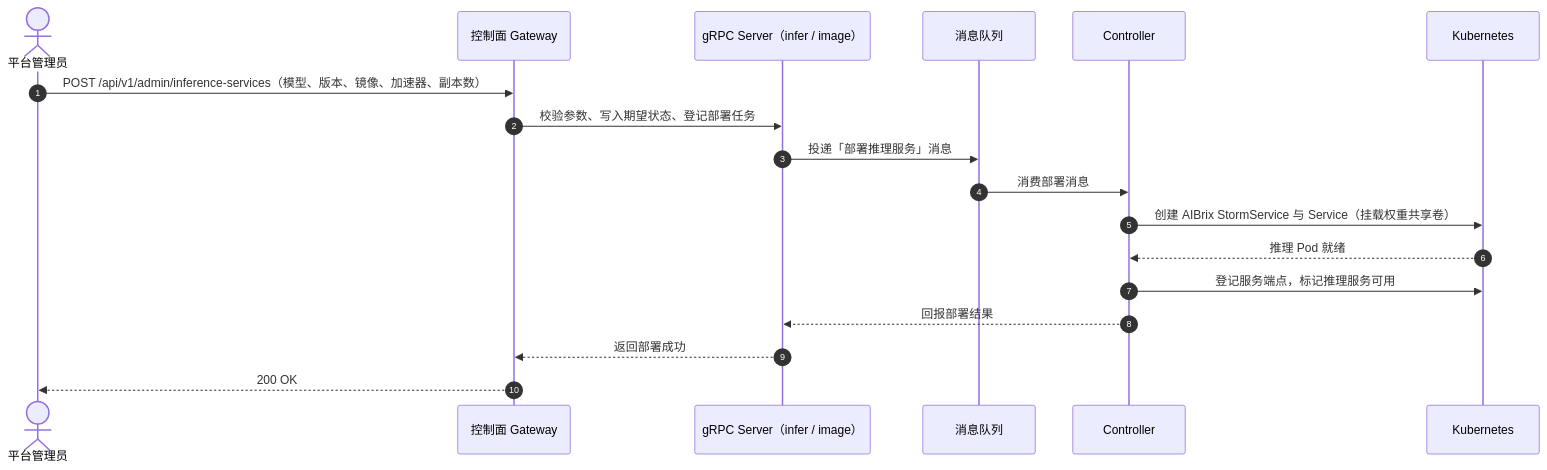
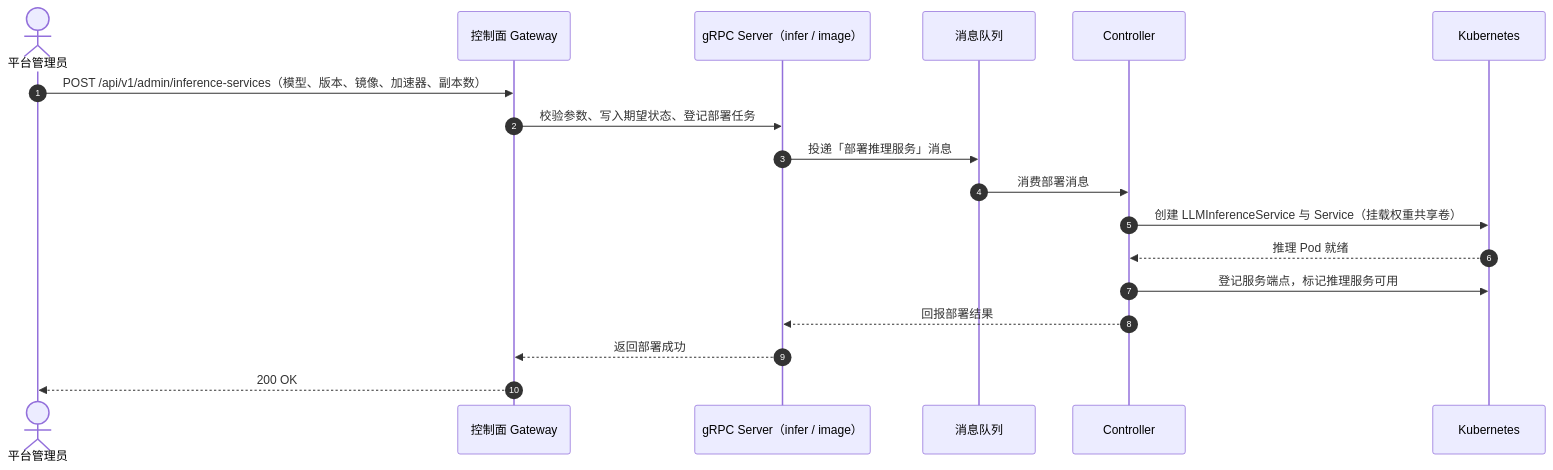
The fifth of 6 diagrams in site/docs/design/architecture.zh-cn.md (go-taas/go-taas), drawn with Mermaid before and after one commit. The commit also changed other lines of this file and 151 other files, not shown here.

````diff
--- a/site/docs/design/architecture.zh-cn.md
+++ b/site/docs/design/architecture.zh-cn.md
@@ -523,21 +523,21 @@
 ```mermaid
 sequenceDiagram
     autonumber
     actor Admin as 平台管理员
     participant CGW as 控制面 Gateway
     participant GRPC as gRPC Server（infer / image）
     participant MQ as 消息队列
     participant CTRL as Controller
     participant K8s as Kubernetes
 
     Admin->>CGW: POST /api/v1/admin/inference-services（模型、版本、镜像、加速器、副本数）
     CGW->>GRPC: 校验参数、写入期望状态、登记部署任务
     GRPC->>MQ: 投递「部署推理服务」消息
     MQ->>CTRL: 消费部署消息
-    CTRL->>K8s: 创建 AIBrix StormService 与 Service（挂载权重共享卷）
+    CTRL->>K8s: 创建 LLMInferenceService 与 Service（挂载权重共享卷）
     K8s-->>CTRL: 推理 Pod 就绪
     CTRL->>K8s: 登记服务端点，标记推理服务可用
     CTRL-->>GRPC: 回报部署结果
     GRPC-->>CGW: 返回部署成功
     CGW-->>Admin: 200 OK
 ```
````
